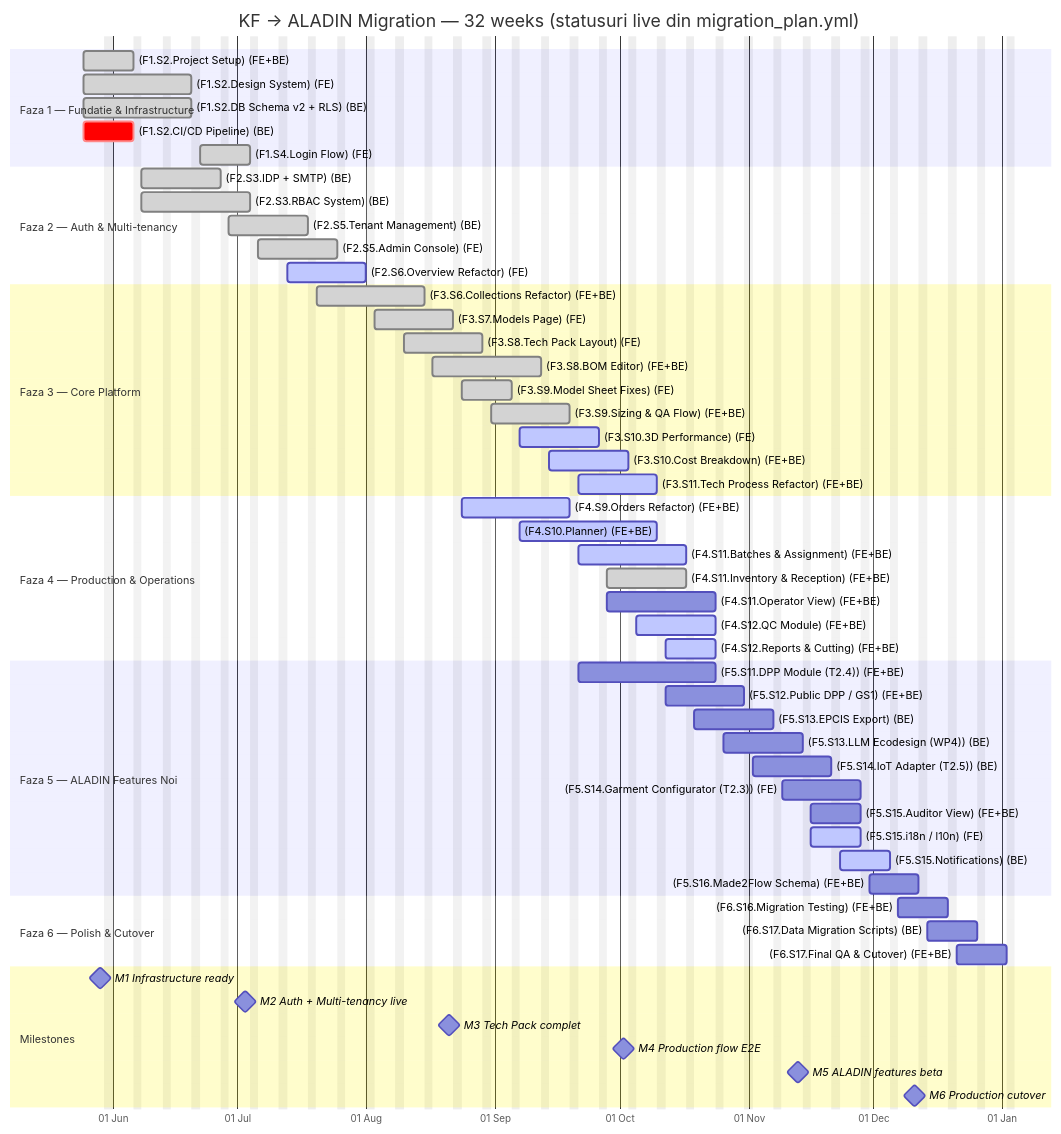
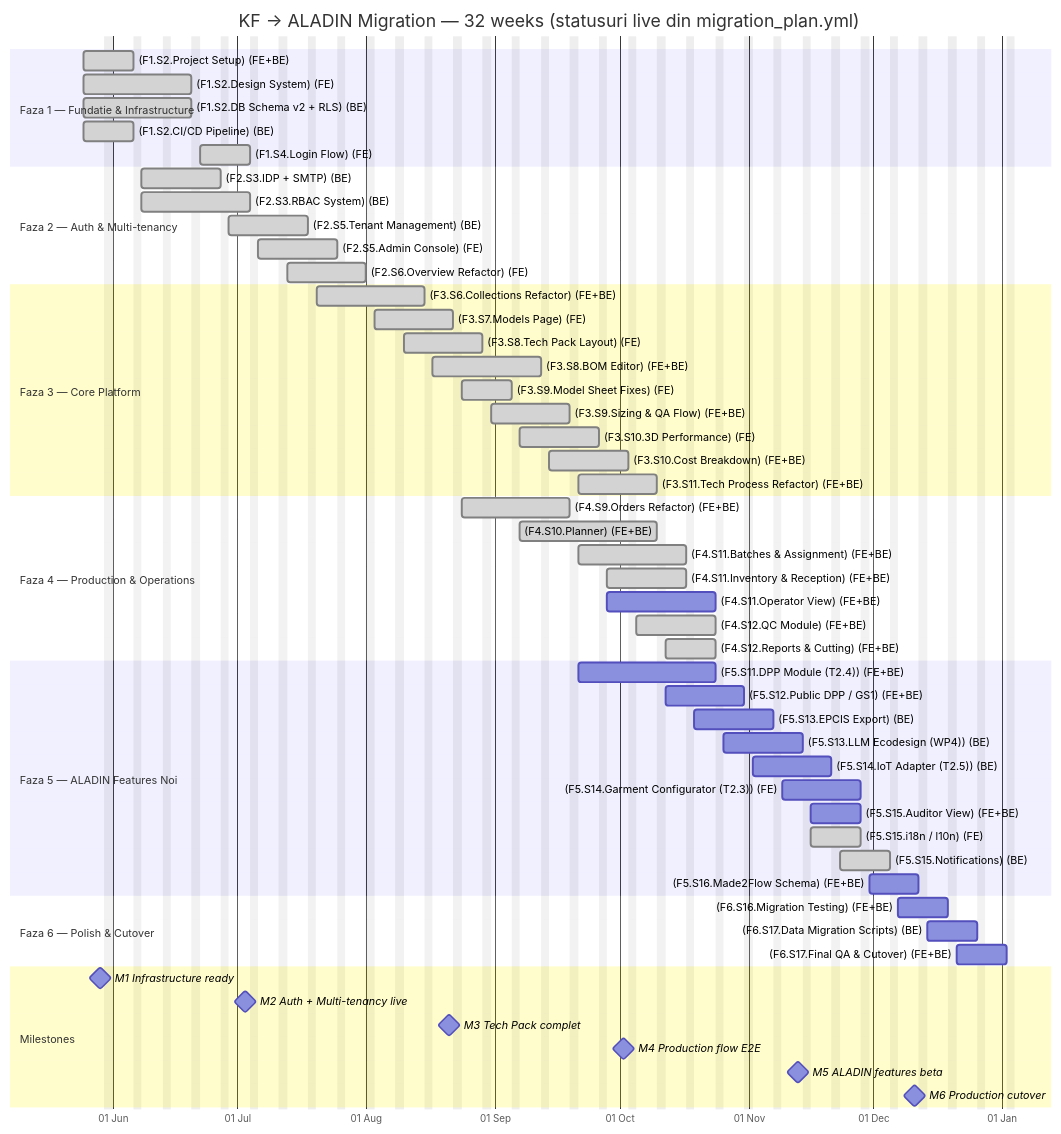
The diagram in docs/migration-gantt.md (Katty-Fashion/kf-cpto), drawn with Mermaid before and after one commit. The commit also changed 15 other files, not shown here.

````diff
--- a/docs/migration-gantt.md
+++ b/docs/migration-gantt.md
@@ -163,66 +163,66 @@
 ```mermaid
 gantt
     title KF → ALADIN Migration — 32 weeks (statusuri live din migration_plan.yml)
     dateFormat YYYY-MM-DD
     axisFormat %d %b
     excludes weekends
 
     section Faza 1 — Fundatie & Infrastructure
     (F1.S2.Project Setup) (FE+BE) :done, f1t1, 2026-05-25, 10d
     (F1.S2.Design System) (FE) :done, f1t2, 2026-05-25, 20d
     (F1.S2.DB Schema v2 + RLS) (BE) :done, f1t3, 2026-05-25, 20d
-    (F1.S2.CI/CD Pipeline) (BE) :crit, f1t4, 2026-05-25, 10d
+    (F1.S2.CI/CD Pipeline) (BE) :done, f1t4, 2026-05-25, 10d
     (F1.S4.Login Flow) (FE) :done, f1t5, 2026-06-22, 10d
 
     section Faza 2 — Auth & Multi-tenancy
     (F2.S3.IDP + SMTP) (BE) :done, f2t1, 2026-06-08, 15d
     (F2.S3.RBAC System) (BE) :done, f2t2, 2026-06-08, 20d
     (F2.S5.Tenant Management) (BE) :done, f2t3, 2026-06-29, 15d
     (F2.S5.Admin Console) (FE) :done, f2t4, 2026-07-06, 15d
-    (F2.S6.Overview Refactor) (FE) :active, f2t5, 2026-07-13, 15d
+    (F2.S6.Overview Refactor) (FE) :done, f2t5, 2026-07-13, 15d
 
     section Faza 3 — Core Platform
     (F3.S6.Collections Refactor) (FE+BE) :done, f3t1, 2026-07-20, 20d
     (F3.S7.Models Page) (FE) :done, f3t2, 2026-08-03, 15d
     (F3.S8.Tech Pack Layout) (FE) :done, f3t3, 2026-08-10, 15d
     (F3.S8.BOM Editor) (FE+BE) :done, f3t4, 2026-08-17, 20d
     (F3.S9.Model Sheet Fixes) (FE) :done, f3t5, 2026-08-24, 10d
     (F3.S9.Sizing & QA Flow) (FE+BE) :done, f3t6, 2026-08-31, 15d
-    (F3.S10.3D Performance) (FE) :active, f3t7, 2026-09-07, 15d
-    (F3.S10.Cost Breakdown) (FE+BE) :active, f3t8, 2026-09-14, 15d
-    (F3.S11.Tech Process Refactor) (FE+BE) :active, f3t9, 2026-09-21, 15d
+    (F3.S10.3D Performance) (FE) :done, f3t7, 2026-09-07, 15d
+    (F3.S10.Cost Breakdown) (FE+BE) :done, f3t8, 2026-09-14, 15d
+    (F3.S11.Tech Process Refactor) (FE+BE) :done, f3t9, 2026-09-21, 15d
 
     section Faza 4 — Production & Operations
-    (F4.S9.Orders Refactor) (FE+BE) :active, f4t1, 2026-08-24, 20d
-    (F4.S10.Planner) (FE+BE) :active, f4t2, 2026-09-07, 25d
-    (F4.S11.Batches & Assignment) (FE+BE) :active, f4t3, 2026-09-21, 20d
+    (F4.S9.Orders Refactor) (FE+BE) :done, f4t1, 2026-08-24, 20d
+    (F4.S10.Planner) (FE+BE) :done, f4t2, 2026-09-07, 25d
+    (F4.S11.Batches & Assignment) (FE+BE) :done, f4t3, 2026-09-21, 20d
     (F4.S11.Inventory & Reception) (FE+BE) :done, f4t4, 2026-09-28, 15d
     (F4.S11.Operator View) (FE+BE) :f4t5, 2026-09-28, 20d
-    (F4.S12.QC Module) (FE+BE) :active, f4t6, 2026-10-05, 15d
-    (F4.S12.Reports & Cutting) (FE+BE) :active, f4t7, 2026-10-12, 10d
+    (F4.S12.QC Module) (FE+BE) :done, f4t6, 2026-10-05, 15d
+    (F4.S12.Reports & Cutting) (FE+BE) :done, f4t7, 2026-10-12, 10d
 
     section Faza 5 — ALADIN Features Noi
     (F5.S11.DPP Module (T2.4)) (FE+BE) :f5t1, 2026-09-21, 25d
     (F5.S12.Public DPP / GS1) (FE+BE) :f5t2, 2026-10-12, 15d
     (F5.S13.EPCIS Export) (BE) :f5t3, 2026-10-19, 15d
     (F5.S13.LLM Ecodesign (WP4)) (BE) :f5t4, 2026-10-26, 15d
     (F5.S14.IoT Adapter (T2.5)) (BE) :f5t5, 2026-11-02, 15d
     (F5.S14.Garment Configurator (T2.3)) (FE) :f5t6, 2026-11-09, 15d
     (F5.S15.Auditor View) (FE+BE) :f5t7, 2026-11-16, 10d
-    (F5.S15.i18n / l10n) (FE) :active, f5t8, 2026-11-16, 10d
-    (F5.S15.Notifications) (BE) :active, f5t9, 2026-11-23, 10d
+    (F5.S15.i18n / l10n) (FE) :done, f5t8, 2026-11-16, 10d
+    (F5.S15.Notifications) (BE) :done, f5t9, 2026-11-23, 10d
     (F5.S16.Made2Flow Schema) (FE+BE) :f5t10, 2026-11-30, 10d
 
     section Faza 6 — Polish & Cutover
     (F6.S16.Migration Testing) (FE+BE) :f6t1, 2026-12-07, 10d
     (F6.S17.Data Migration Scripts) (BE) :f6t2, 2026-12-14, 10d
     (F6.S17.Final QA & Cutover) (FE+BE) :f6t3, 2026-12-21, 10d
 
     section Milestones
     M1 Infrastructure ready :milestone, m1, 2026-05-29, 0d
     M2 Auth + Multi-tenancy live :milestone, m2, 2026-07-03, 0d
     M3 Tech Pack complet :milestone, m3, 2026-08-21, 0d
     M4 Production flow E2E :milestone, m4, 2026-10-02, 0d
     M5 ALADIN features beta :milestone, m5, 2026-11-13, 0d
     M6 Production cutover :milestone, m6, 2026-12-11, 0d
 ```
````
